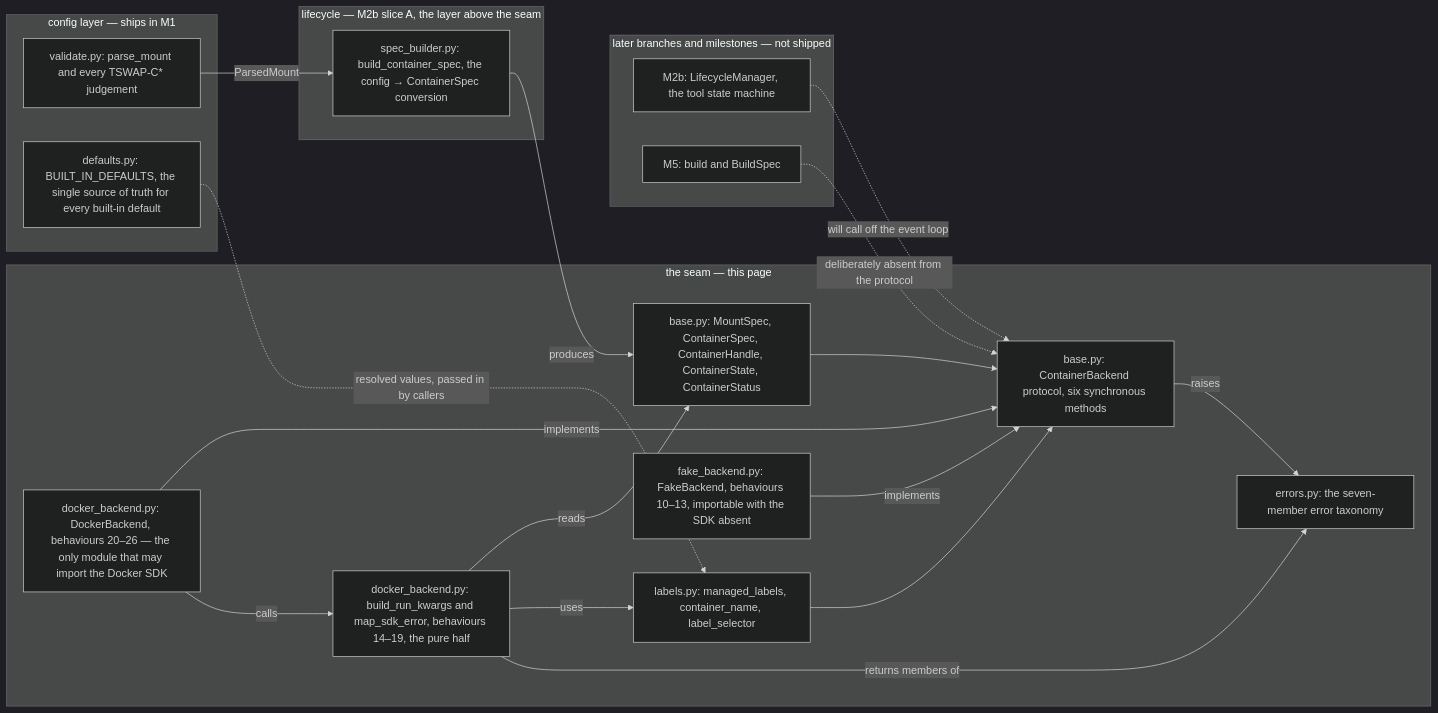
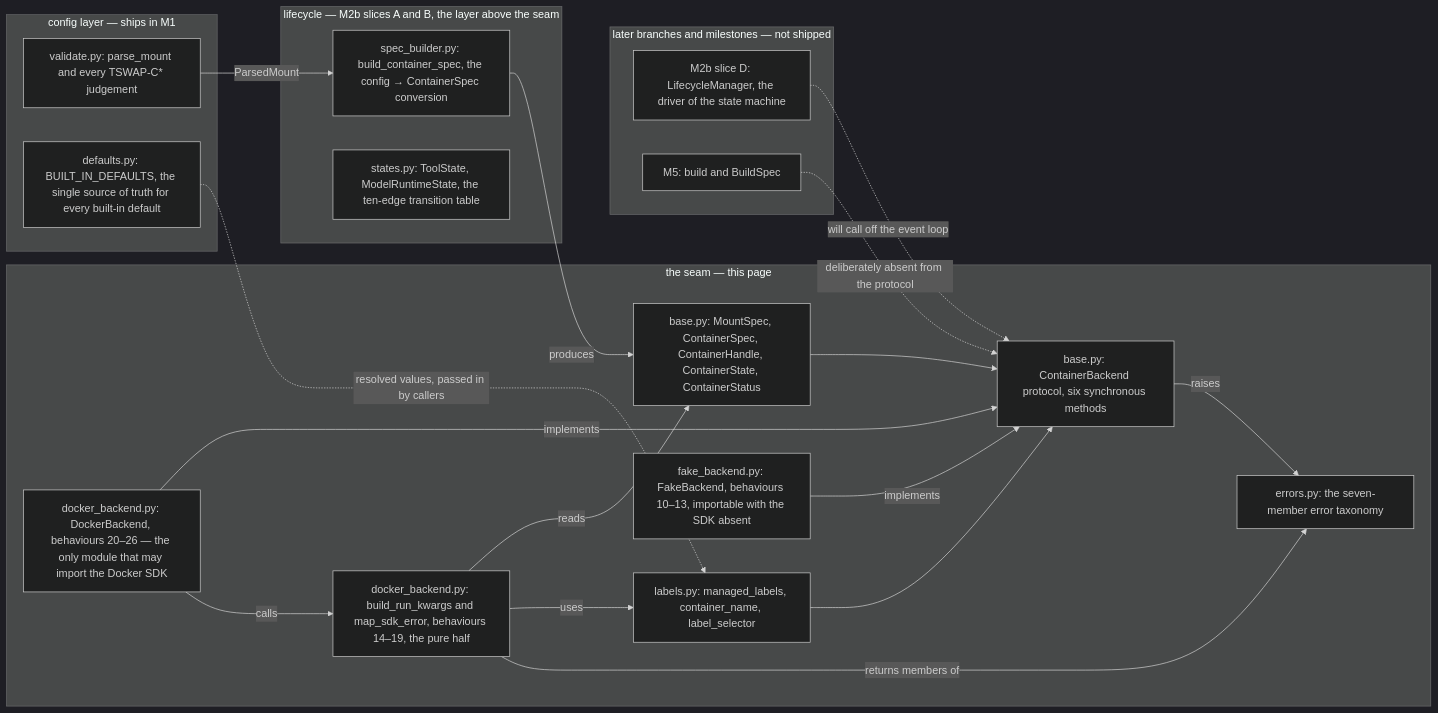
The diagram in docs/backend-seam.md (iar3-r8/tool-swap), drawn with Mermaid (dark theme) before and after one commit. The commit also changed other lines of this file and 3 other files, not shown here.

First line of the commit message:
docs(lifecycle): document the tool state machine

````diff
--- a/docs/backend-seam.md
+++ b/docs/backend-seam.md
@@ -35,37 +36,38 @@
 ```mermaid
 flowchart LR
     subgraph cfg[config layer — ships in M1]
         VAL[validate.py: parse_mount and every TSWAP-C* judgement]
         DEF[defaults.py: BUILT_IN_DEFAULTS, the single source of truth for every built-in default]
     end
     subgraph seam[the seam — this page]
         TYPES[base.py: MountSpec, ContainerSpec, ContainerHandle, ContainerState, ContainerStatus]
         HELPER[labels.py: managed_labels, container_name, label_selector]
         PROTO[base.py: ContainerBackend protocol, six synchronous methods]
         ERR[errors.py: the seven-member error taxonomy]
         FAKE[fake_backend.py: FakeBackend, behaviours 10–13, importable with the SDK absent]
         DOCK[docker_backend.py: DockerBackend, behaviours 20–26 — the only module that may import the Docker SDK]
         DOCKT[docker_backend.py: build_run_kwargs and map_sdk_error, behaviours 14–19, the pure half]
     end
-    subgraph lifc[lifecycle — M2b slice A, the layer above the seam]
+    subgraph lifc[lifecycle — M2b slices A and B, the layer above the seam]
         SPEC[spec_builder.py: build_container_spec, the config → ContainerSpec conversion]
+        STATES[states.py: ToolState, ModelRuntimeState, the ten-edge transition table]
     end
     subgraph future[later branches and milestones — not shipped]
-        LIFE[M2b: LifecycleManager, the tool state machine]
+        LIFE[M2b slice D: LifecycleManager, the driver of the state machine]
         BLD[M5: build and BuildSpec]
     end
     VAL -->|ParsedMount| SPEC
     SPEC -->|produces| TYPES
     DEF -. "resolved values, passed in by callers" .-> HELPER
     TYPES --> PROTO
     HELPER --> PROTO
     PROTO -->|raises| ERR
     FAKE -->|implements| PROTO
     DOCK -->|implements| PROTO
     DOCK -->|calls| DOCKT
     DOCKT -->|reads| TYPES
     DOCKT -->|uses| HELPER
     DOCKT -->|returns members of| ERR
     LIFE -.->|will call off the event loop| PROTO
     BLD -.->|deliberately absent from the protocol| PROTO
 ```
````
